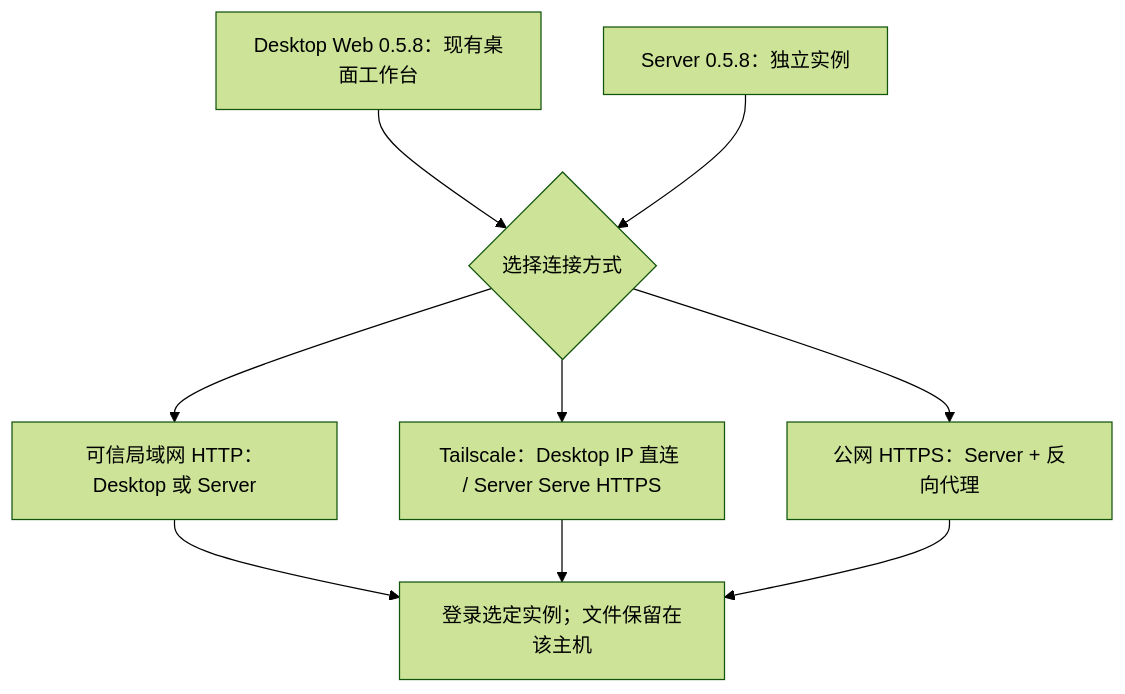
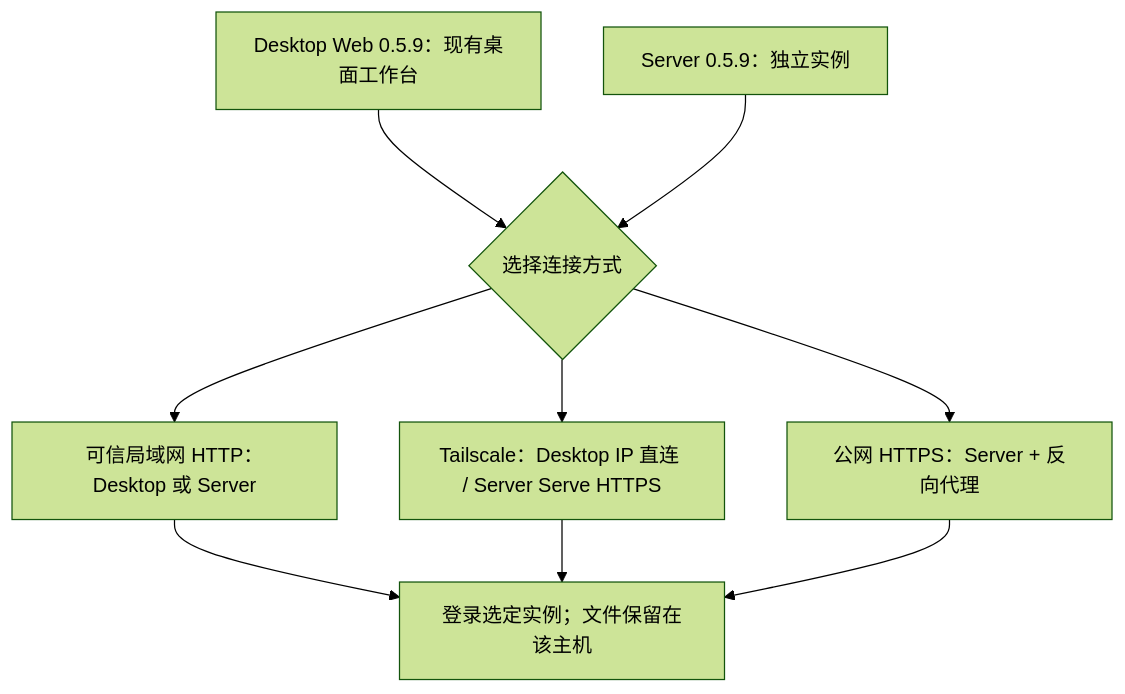
One commit to murray17/rovai-ai changed the diagram in website/site/public/assets/diagrams/deployment-choice-zh.mmd. Above: the diagram before and after it, drawn with Mermaid (forest theme). The commit also changed 10 other files, not shown here.

```diff
--- a/website/site/public/assets/diagrams/deployment-choice-zh.mmd
+++ b/website/site/public/assets/diagrams/deployment-choice-zh.mmd
@@ -1,12 +1,12 @@
 flowchart TB
-  desktop["Desktop Web 0.5.8：现有桌面工作台"]
-  server["Server 0.5.8：独立实例"]
+  desktop["Desktop Web 0.5.9：现有桌面工作台"]
+  server["Server 0.5.9：独立实例"]
   choice{"选择连接方式"}
   desktop --> choice
   server --> choice
   choice --> lan["可信局域网 HTTP：Desktop 或 Server"]
   choice --> ts["Tailscale：Desktop IP 直连 / Server Serve HTTPS"]
   choice --> public["公网 HTTPS：Server + 反向代理"]
   lan --> login["登录选定实例；文件保留在该主机"]
   ts --> login
   public --> login
```
